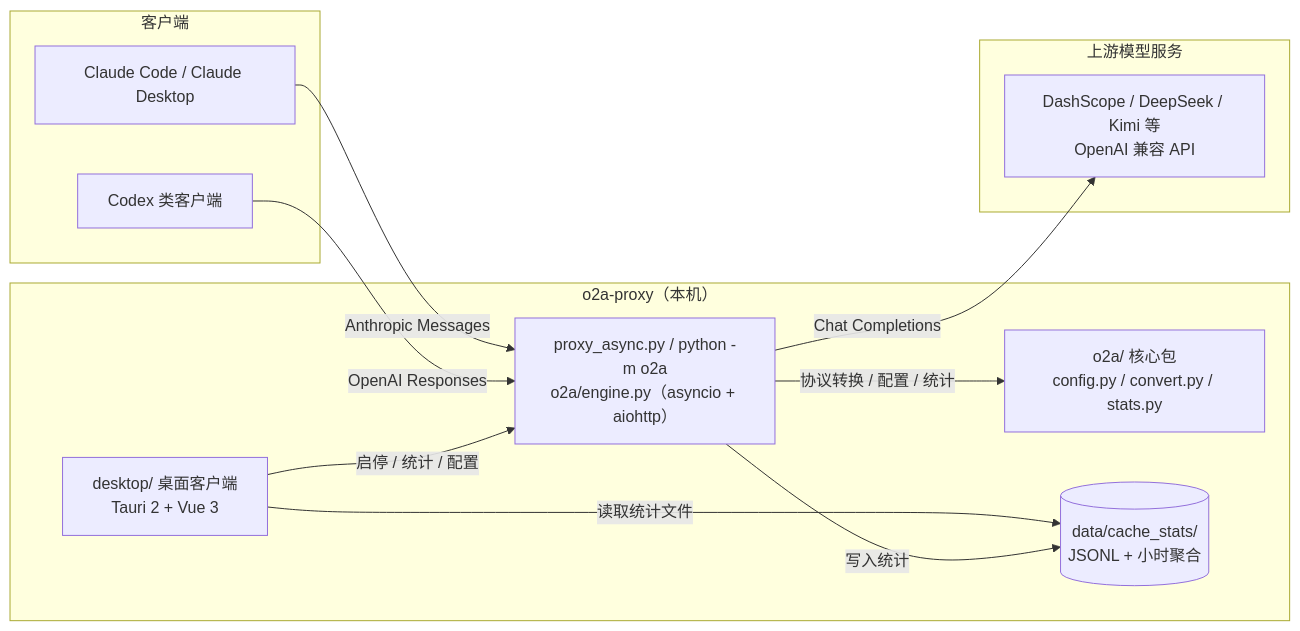
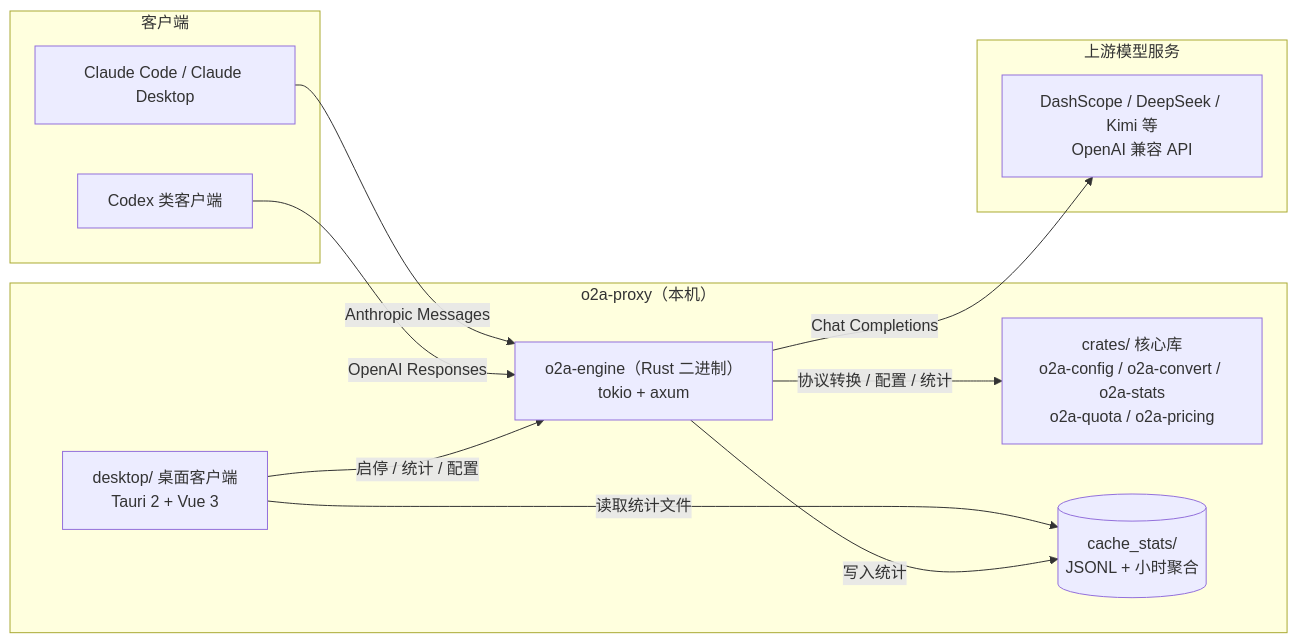
One commit to Peter-Lpt/o2a-proxy changed the diagram in README.md. Above: the diagram before and after it, drawn with Mermaid. The commit also changed other lines of this file and 3 other files, not shown here.

````diff
--- a/README.md
+++ b/README.md
@@ -18,23 +18,23 @@
 ```mermaid
 flowchart LR
     subgraph Client["客户端"]
         CC["Claude Code / Claude Desktop"]
         CX["Codex 类客户端"]
     end
     subgraph Proxy["o2a-proxy（本机）"]
         DESK["desktop/ 桌面客户端<br/>Tauri 2 + Vue 3"]
-        ENGINE["proxy_async.py / python -m o2a<br/>o2a/engine.py（asyncio + aiohttp）"]
-        CORE["o2a/ 核心包<br/>config.py / convert.py / stats.py"]
-        STATS[("data/cache_stats/<br/>JSONL + 小时聚合")]
+        ENGINE["o2a-engine（Rust 二进制）<br/>tokio + axum"]
+        CORE["crates/ 核心库<br/>o2a-config / o2a-convert / o2a-stats<br/>o2a-quota / o2a-pricing"]
+        STATS[("cache_stats/<br/>JSONL + 小时聚合")]
     end
     subgraph Upstream["上游模型服务"]
         DS["DashScope / DeepSeek / Kimi 等<br/>OpenAI 兼容 API"]
     end
     CC -- "Anthropic Messages" --> ENGINE
     CX -- "OpenAI Responses" --> ENGINE
     ENGINE -- "协议转换 / 配置 / 统计" --> CORE
     ENGINE -- "Chat Completions" --> DS
     DESK -- "启停 / 统计 / 配置" --> ENGINE
     DESK -- "读取统计文件" --> STATS
     ENGINE -- "写入统计" --> STATS
 ```
````
